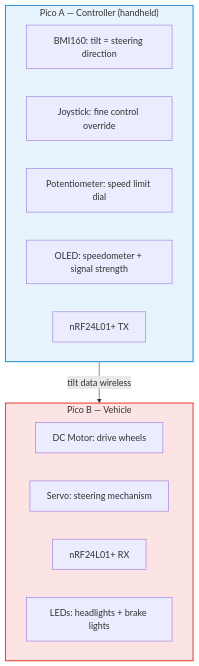
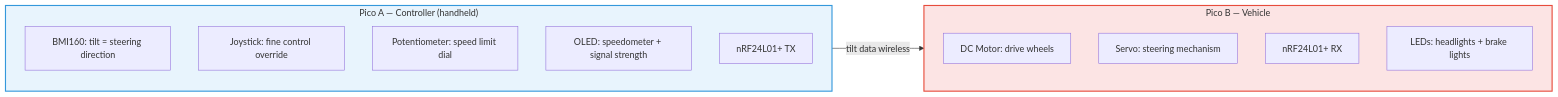
Before and after one commit to doyun-gu/hack-a-bot-2026: the sixth of 13 diagrams in docs/idea-shortlist-v2.md, drawn with Mermaid. The commit also changed other lines of this file and 3 other files, not shown here.

First line of the commit message:
Switch all Mermaid diagrams to left-right (LR) layout

````diff
--- a/docs/idea-shortlist-v2.md
+++ b/docs/idea-shortlist-v2.md
@@ -195,22 +195,22 @@
 ```mermaid
-graph TB
+graph LR
     subgraph CTRL["Pico A — Controller (handheld)"]
         C_IMU["BMI160: tilt = steering direction"]
         C_JOY["Joystick: fine control override"]
         C_POT["Potentiometer: speed limit dial"]
         C_OLED["OLED: speedometer + signal strength"]
         C_NRF["nRF24L01+ TX"]
     end
 
     subgraph CAR["Pico B — Vehicle"]
         V_MOTOR["DC Motor: drive wheels"]
         V_SERVO["Servo: steering mechanism"]
         V_NRF["nRF24L01+ RX"]
         V_LED["LEDs: headlights + brake lights"]
     end
 
     CTRL -->|"tilt data wireless"| CAR
 
     style CTRL fill:#e8f4fd,stroke:#3498db,stroke-width:2px
     style CAR fill:#fce4e4,stroke:#e74c3c,stroke-width:2px
 ```
````
